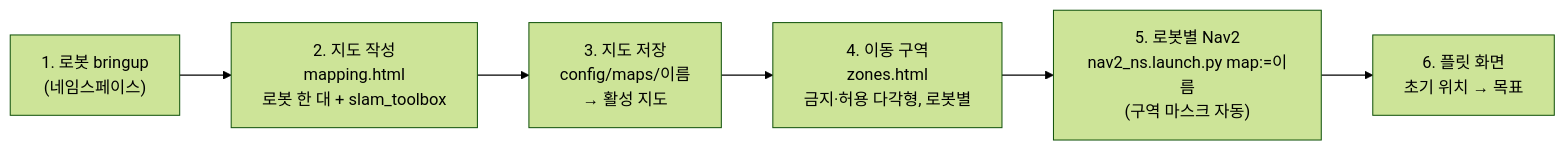
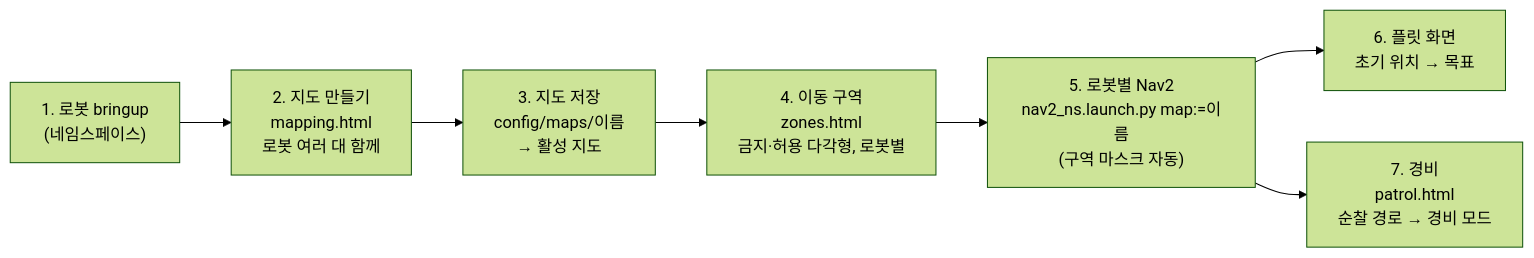
The diagram in README.md (ryankim8815/ros2-fleet-console), drawn with Mermaid (forest theme) before and after one commit. The commit also changed other lines of this file and 28 other files, not shown here.

Commit message:
feat: Update mapping terminology and add patrol functionality

````diff
--- a/README.md
+++ b/README.md
@@ -24,8 +36,9 @@
 ```mermaid
 flowchart LR
-    A["1. 로봇 bringup<br/>(네임스페이스)"] --> B["2. 지도 작성<br/>mapping.html<br/>로봇 한 대 + slam_toolbox"]
+    A["1. 로봇 bringup<br/>(네임스페이스)"] --> B["2. 지도 만들기<br/>mapping.html<br/>로봇 여러 대 함께"]
     B --> C["3. 지도 저장<br/>config/maps/이름<br/>→ 활성 지도"]
     C --> D["4. 이동 구역<br/>zones.html<br/>금지·허용 다각형, 로봇별"]
     D --> E["5. 로봇별 Nav2<br/>nav2_ns.launch.py map:=이름<br/>(구역 마스크 자동)"]
     E --> F["6. 플릿 화면<br/>초기 위치 → 목표"]
+    E --> G["7. 경비<br/>patrol.html<br/>순찰 경로 → 경비 모드"]
 ```
````
